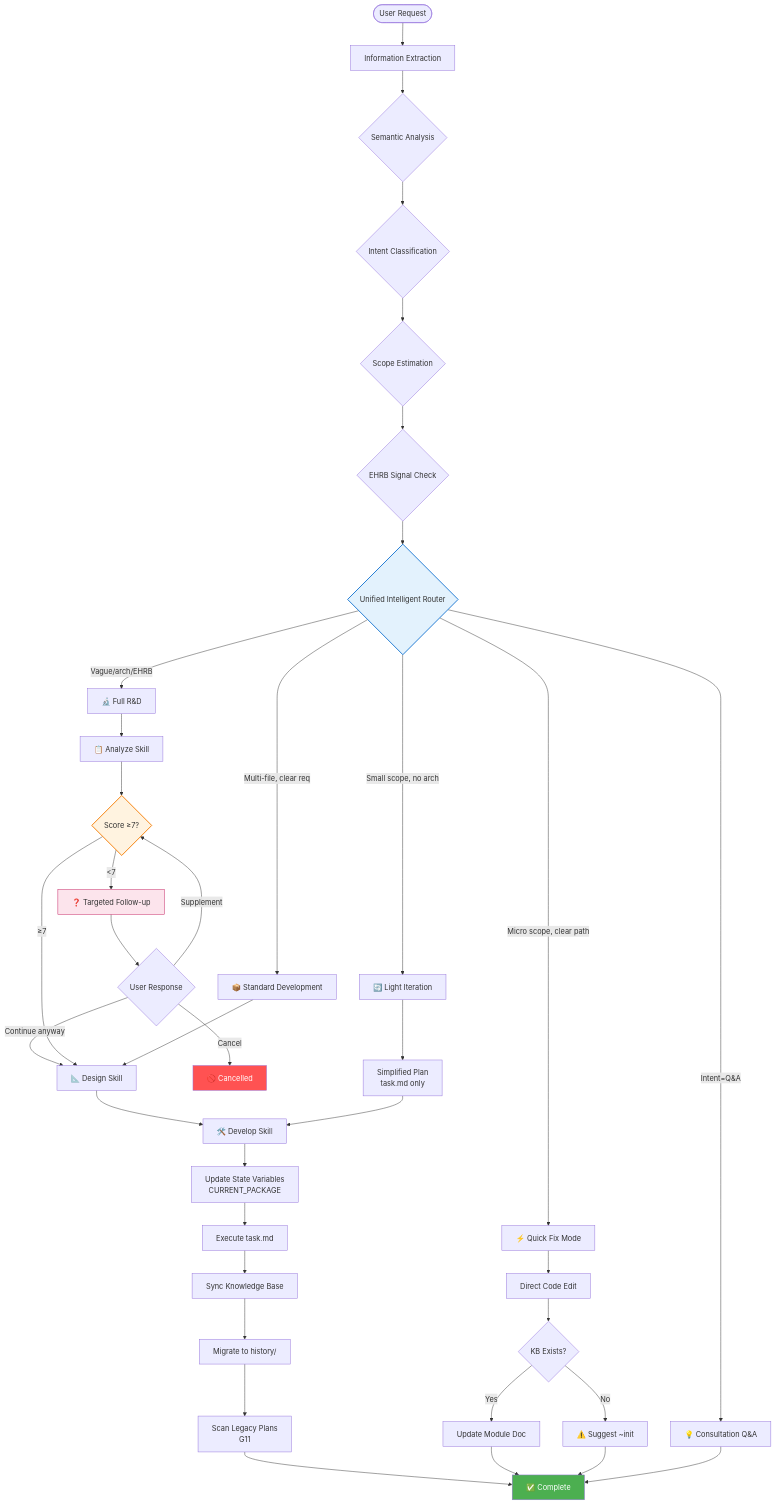
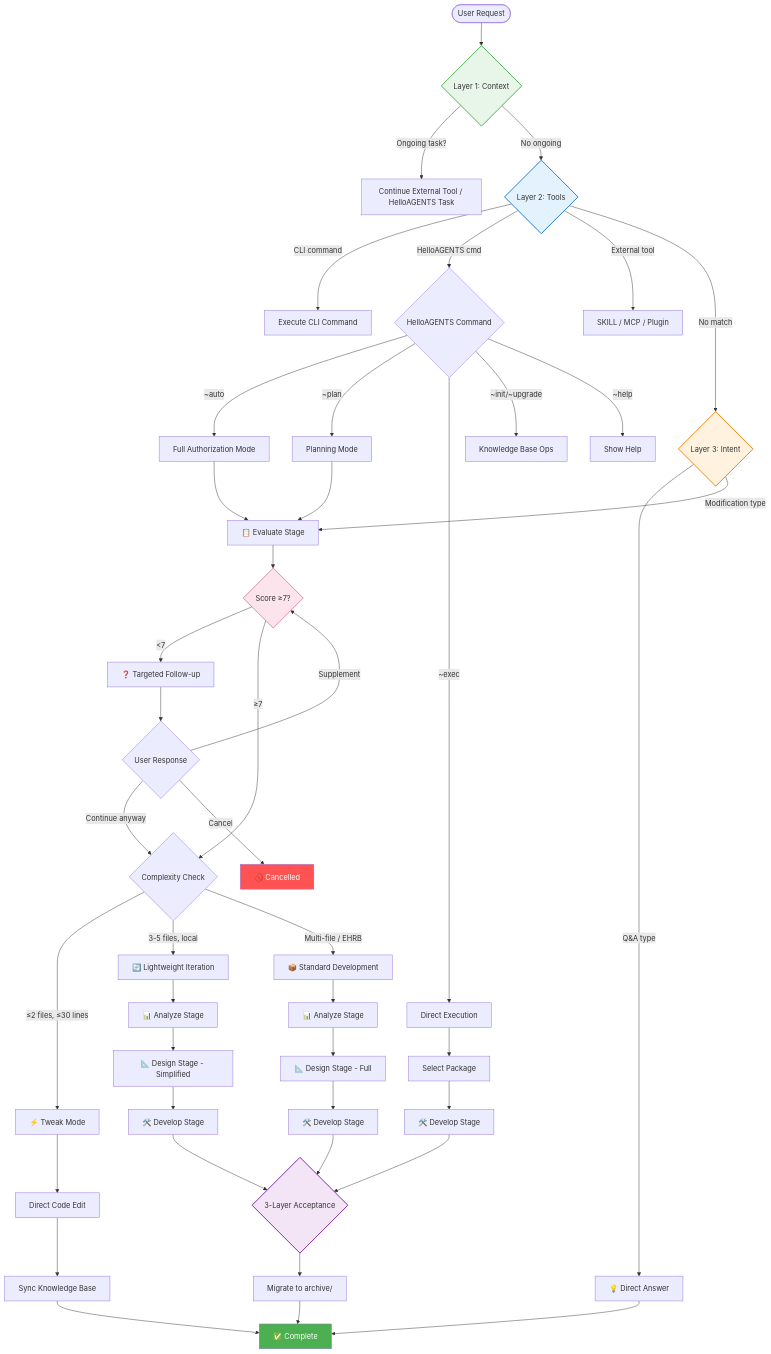
The diagram in README.md (hellowind777/helloagents), drawn with Mermaid before and after one commit. The commit also changed other lines of this file, not shown here.

````diff
--- a/README.md
+++ b/README.md
@@ -220,55 +229,67 @@
 ```mermaid
 flowchart TD
-    Start([User Request]) --> Extract[Information Extraction]
+    Start([User Request]) --> Layer1{Layer 1: Context}
 
-    Extract --> Semantic{Semantic Analysis}
-    Semantic --> Intent{Intent Classification}
-    Intent --> Scope{Scope Estimation}
-    Scope --> EHRB{EHRB Signal Check}
+    Layer1 -->|"Ongoing task?"| Continue[Continue External Tool / HelloAGENTS Task]
+    Layer1 -->|"No ongoing"| Layer2{Layer 2: Tools}
 
-    EHRB --> Router{Unified Intelligent Router}
+    Layer2 -->|"CLI command"| CLI[Execute CLI Command]
+    Layer2 -->|"HelloAGENTS cmd"| HACmd{HelloAGENTS Command}
+    Layer2 -->|"External tool"| ExtTool[SKILL / MCP / Plugin]
+    Layer2 -->|"No match"| Layer3{Layer 3: Intent}
 
-    Router -->|"Intent=Q&A"| QA[💡 Consultation Q&A]
-    Router -->|"Micro scope, clear path"| QuickFix[⚡ Quick Fix Mode]
-    Router -->|"Small scope, no arch"| LightIter[🔄 Light Iteration]
-    Router -->|"Multi-file, clear req"| StdDev[📦 Standard Development]
-    Router -->|"Vague/arch/EHRB"| FullRD[🔬 Full R&D]
+    HACmd -->|"~auto"| Auto[Full Authorization Mode]
+    HACmd -->|"~plan"| Plan[Planning Mode]
+    HACmd -->|"~exec"| Exec[Direct Execution]
+    HACmd -->|"~init/~upgrade"| KB[Knowledge Base Ops]
+    HACmd -->|"~help"| Help[Show Help]
 
-    FullRD --> Analyze[📋 Analyze Skill]
-    Analyze --> Scoring{Score ≥7?}
+    Layer3 -->|"Q&A type"| QA[💡 Direct Answer]
+    Layer3 -->|"Modification type"| Evaluate[📋 Evaluate Stage]
 
+    Evaluate --> Scoring{Score ≥7?}
     Scoring -->|"<7"| FollowUp[❓ Targeted Follow-up]
     FollowUp --> UserResp{User Response}
     UserResp -->|"Supplement"| Scoring
-    UserResp -->|"Continue anyway"| Design
+    UserResp -->|"Continue anyway"| Complexity
     UserResp -->|"Cancel"| Cancelled[🚫 Cancelled]
 
-    Scoring -->|"≥7"| Design[📐 Design Skill]
-    Design --> Develop[🛠️ Develop Skill]
+    Scoring -->|"≥7"| Complexity{Complexity Check}
 
-    StdDev --> Design
-    LightIter --> SimplePlan[Simplified Plan<br/>task.md only]
-    SimplePlan --> Develop
+    Complexity -->|"≤2 files, ≤30 lines"| Tweak[⚡ Tweak Mode]
+    Complexity -->|"3-5 files, local"| LightIter[🔄 Lightweight Iteration]
+    Complexity -->|"Multi-file / EHRB"| StdDev[📦 Standard Development]
 
-    QuickFix --> DirectEdit[Direct Code Edit]
-    DirectEdit --> KBCheck{KB Exists?}
-    KBCheck -->|Yes| UpdateKB[Update Module Doc]
-    KBCheck -->|No| WarnInit[⚠️ Suggest ~init]
+    Tweak --> DirectEdit[Direct Code Edit]
+    DirectEdit --> SyncKB1[Sync Knowledge Base]
 
-    Develop --> StateUpdate[Update State Variables<br/>CURRENT_PACKAGE]
-    StateUpdate --> Execute[Execute task.md]
-    Execute --> SyncKB[Sync Knowledge Base]
-    SyncKB --> Migrate[Migrate to history/]
-    Migrate --> ScanLegacy[Scan Legacy Plans<br/>G11]
+    LightIter --> Analyze1[📊 Analyze Stage]
+    Analyze1 --> Design1[📐 Design Stage - Simplified]
+    Design1 --> Develop1[🛠️ Develop Stage]
 
-    ScanLegacy --> Done[✅ Complete]
-    UpdateKB --> Done
-    WarnInit --> Done
+    StdDev --> Analyze2[📊 Analyze Stage]
+    Analyze2 --> Design2[📐 Design Stage - Full]
+    Design2 --> Develop2[🛠️ Develop Stage]
+
+    Auto --> Evaluate
+    Plan --> Evaluate
+    Exec --> SelectPkg[Select Package]
+    SelectPkg --> Develop3[🛠️ Develop Stage]
+
+    Develop1 --> Acceptance{3-Layer Acceptance}
+    Develop2 --> Acceptance
+    Develop3 --> Acceptance
+
+    Acceptance --> Archive[Migrate to archive/]
+    Archive --> Done[✅ Complete]
+    SyncKB1 --> Done
     QA --> Done
 
-    style Router fill:#e3f2fd,stroke:#1976d2,stroke-width:2px
-    style Scoring fill:#fff3e0,stroke:#f57c00,stroke-width:2px
-    style FollowUp fill:#fce4ec,stroke:#c2185b
+    style Layer1 fill:#e8f5e9,stroke:#4caf50,stroke-width:2px
+    style Layer2 fill:#e3f2fd,stroke:#1976d2,stroke-width:2px
+    style Layer3 fill:#fff3e0,stroke:#f57c00,stroke-width:2px
+    style Scoring fill:#fce4ec,stroke:#c2185b
+    style Acceptance fill:#f3e5f5,stroke:#7b1fa2,stroke-width:2px
     style Done fill:#4caf50,color:#fff
     style Cancelled fill:#ff5252,color:#fff
 ```
````
